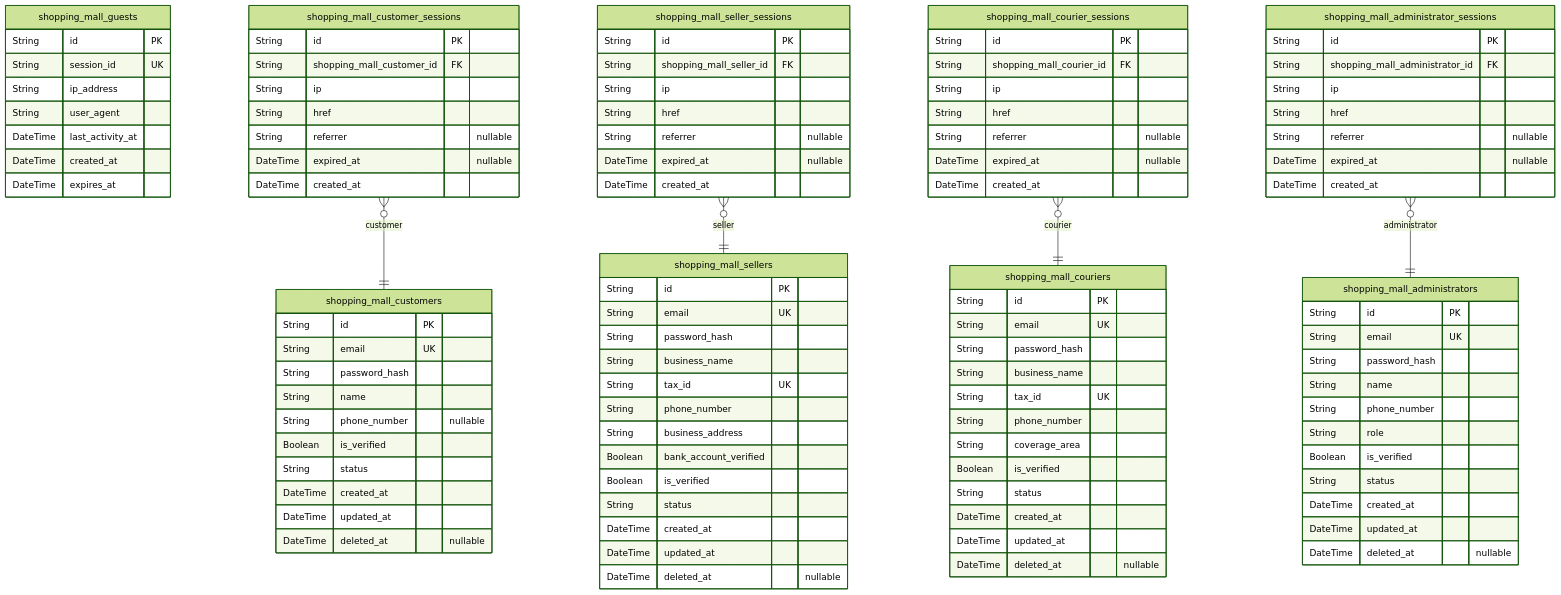
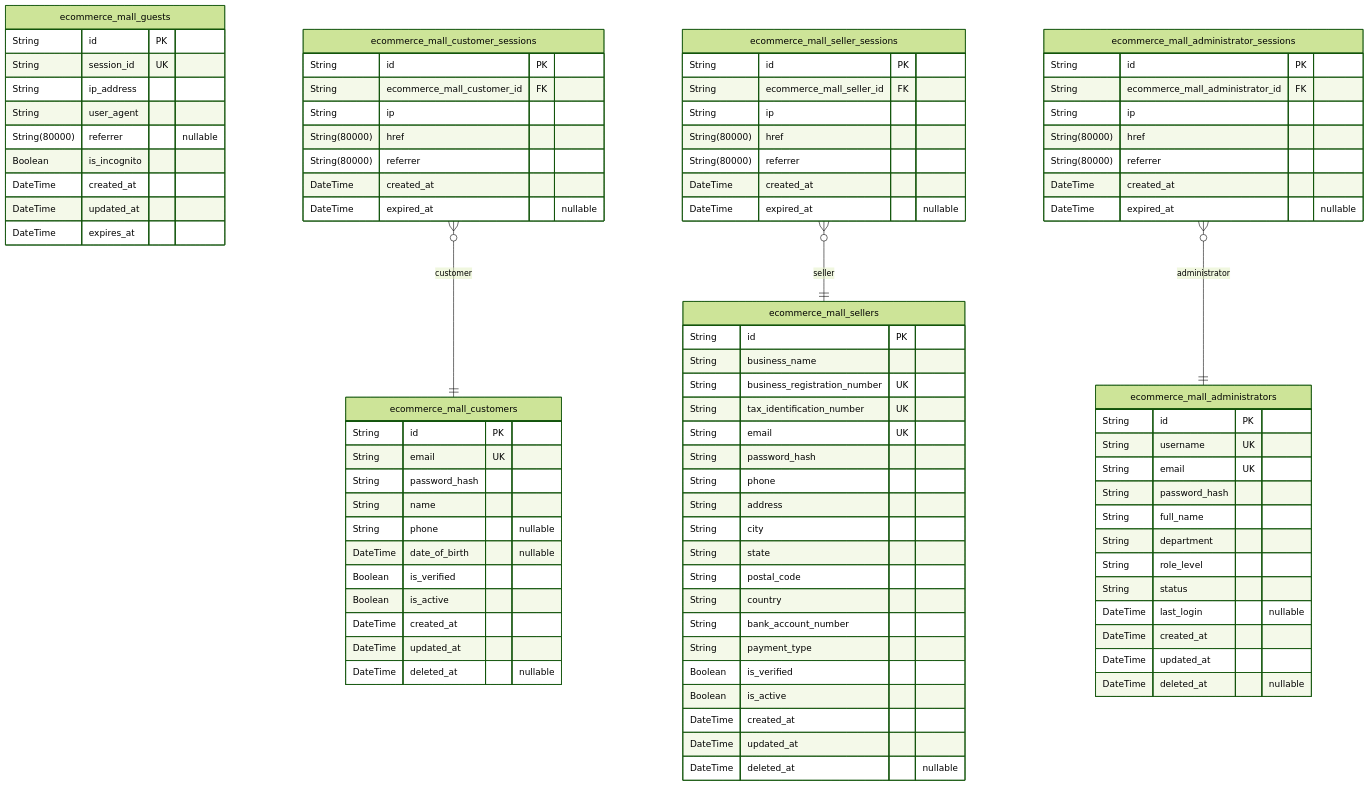
One commit to wrtnlabs/autobe-examples changed the second of 11 diagrams in moonshotai/kimi-k2-0905-exacto/shopping/docs/ERD.md. Above: the diagram before and after it, drawn with Mermaid (forest theme). The commit also changed other lines of this file and 3761 other files, not shown here.

````diff
--- a/moonshotai/kimi-k2-0905-exacto/shopping/docs/ERD.md
+++ b/moonshotai/kimi-k2-0905-exacto/shopping/docs/ERD.md
@@ -154,106 +291,92 @@
 ```mermaid
 erDiagram
-"shopping_mall_customers" {
+"ecommerce_mall_customers" {
   String id PK
   String email UK
   String password_hash
   String name
-  String phone_number "nullable"
+  String phone "nullable"
+  DateTime date_of_birth "nullable"
   Boolean is_verified
-  String status
+  Boolean is_active
   DateTime created_at
   DateTime updated_at
   DateTime deleted_at "nullable"
 }
-"shopping_mall_sellers" {
+"ecommerce_mall_sellers" {
   String id PK
+  String business_name
+  String business_registration_number UK
+  String tax_identification_number UK
   String email UK
   String password_hash
-  String business_name
-  String tax_id UK
-  String phone_number
-  String business_address
-  Boolean bank_account_verified
+  String phone
+  String address
+  String city
+  String state
+  String postal_code
+  String country
+  String bank_account_number
+  String payment_type
   Boolean is_verified
-  String status
+  Boolean is_active
   DateTime created_at
   DateTime updated_at
   DateTime deleted_at "nullable"
 }
-"shopping_mall_couriers" {
+"ecommerce_mall_administrators" {
   String id PK
+  String username UK
   String email UK
   String password_hash
-  String business_name
-  String tax_id UK
-  String phone_number
-  String coverage_area
-  Boolean is_verified
+  String full_name
+  String department
+  String role_level
   String status
+  DateTime last_login "nullable"
   DateTime created_at
   DateTime updated_at
   DateTime deleted_at "nullable"
 }
-"shopping_mall_administrators" {
-  String id PK
-  String email UK
-  String password_hash
-  String name
-  String phone_number
-  String role
-  Boolean is_verified
-  String status
-  DateTime created_at
-  DateTime updated_at
-  DateTime deleted_at "nullable"
-}
-"shopping_mall_guests" {
+"ecommerce_mall_guests" {
   String id PK
   String session_id UK
   String ip_address
   String user_agent
-  DateTime last_activity_at
+  String(80000) referrer "nullable"
+  Boolean is_incognito
   DateTime created_at
+  DateTime updated_at
   DateTime expires_at
 }
-"shopping_mall_customer_sessions" {
+"ecommerce_mall_customer_sessions" {
   String id PK
-  String shopping_mall_customer_id FK
+  String ecommerce_mall_customer_id FK
   String ip
-  String href
-  String referrer "nullable"
+  String(80000) href
+  String(80000) referrer
+  DateTime created_at
   DateTime expired_at "nullable"
+}
+"ecommerce_mall_seller_sessions" {
+  String id PK
+  String ecommerce_mall_seller_id FK
+  String ip
+  String(80000) href
+  String(80000) referrer
   DateTime created_at
+  DateTime expired_at "nullable"
 }
-"shopping_mall_seller_sessions" {
+"ecommerce_mall_administrator_sessions" {
   String id PK
-  String shopping_mall_seller_id FK
+  String ecommerce_mall_administrator_id FK
   String ip
-  String href
-  String referrer "nullable"
+  String(80000) href
+  String(80000) referrer
+  DateTime created_at
   DateTime expired_at "nullable"
-  DateTime created_at
 }
-"shopping_mall_courier_sessions" {
-  String id PK
-  String shopping_mall_courier_id FK
-  String ip
-  String href
-  String referrer "nullable"
-  DateTime expired_at "nullable"
-  DateTime created_at
-}
-"shopping_mall_administrator_sessions" {
-  String id PK
-  String shopping_mall_administrator_id FK
-  String ip
-  String href
-  String referrer "nullable"
-  DateTime expired_at "nullable"
-  DateTime created_at
-}
-"shopping_mall_customer_sessions" }o--|| "shopping_mall_customers" : customer
-"shopping_mall_seller_sessions" }o--|| "shopping_mall_sellers" : seller
-"shopping_mall_courier_sessions" }o--|| "shopping_mall_couriers" : courier
-"shopping_mall_administrator_sessions" }o--|| "shopping_mall_administrators" : administrator
+"ecommerce_mall_customer_sessions" }o--|| "ecommerce_mall_customers" : customer
+"ecommerce_mall_seller_sessions" }o--|| "ecommerce_mall_sellers" : seller
+"ecommerce_mall_administrator_sessions" }o--|| "ecommerce_mall_administrators" : administrator
 ```
````
